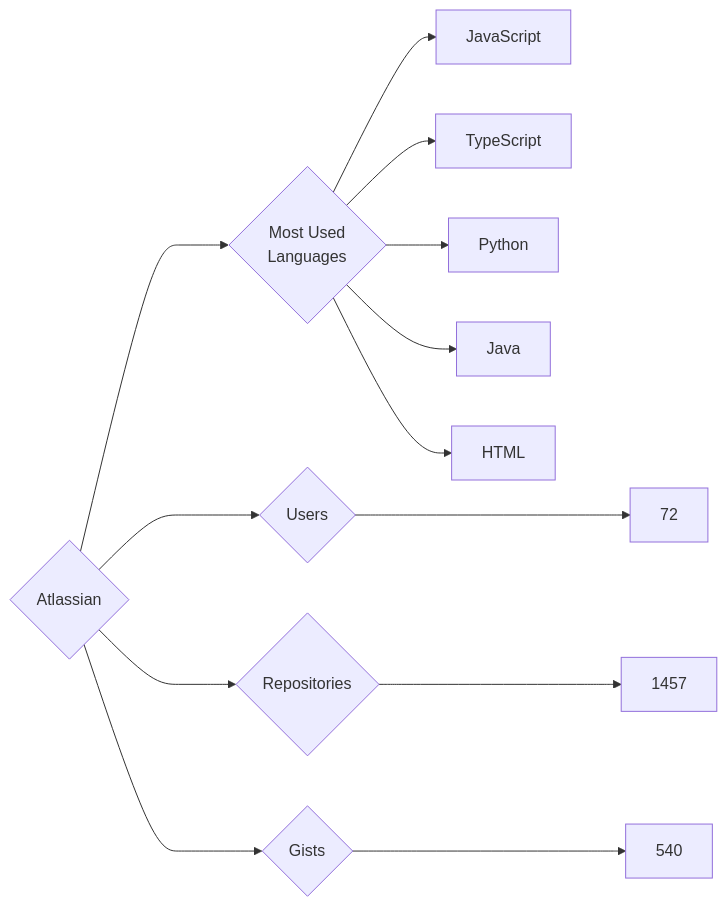
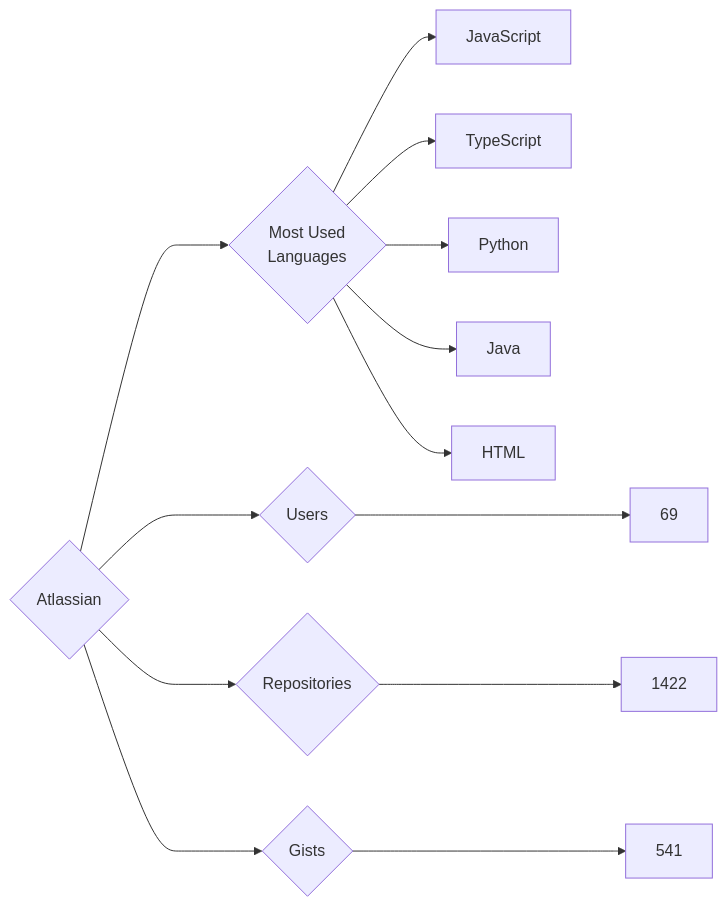
The diagram in targets/Atlassian/README.md (trickest/insiders), drawn with Mermaid before and after one commit. The commit also changed 998 other files, not shown here.

````diff
--- a/targets/Atlassian/README.md
+++ b/targets/Atlassian/README.md
@@ -3,13 +3,13 @@
 ```mermaid
 graph LR
 COMPANY_NAME{Atlassian}
-COMPANY_NAME ---> U{Users} ---> UN[72]
-COMPANY_NAME ---> R{Repositories} ---> RN[1457]
-COMPANY_NAME ---> G{Gists} ---> GN[540]
+COMPANY_NAME ---> U{Users} ---> UN[69]
+COMPANY_NAME ---> R{Repositories} ---> RN[1422]
+COMPANY_NAME ---> G{Gists} ---> GN[541]
 COMPANY_NAME ---> ML{Most Used<br>Languages}
 ML --> JavaScript[JavaScript]
 ML --> TypeScript[TypeScript]
 ML --> Python[Python]
 ML --> Java[Java]
 ML --> HTML[HTML]
 ```
````
